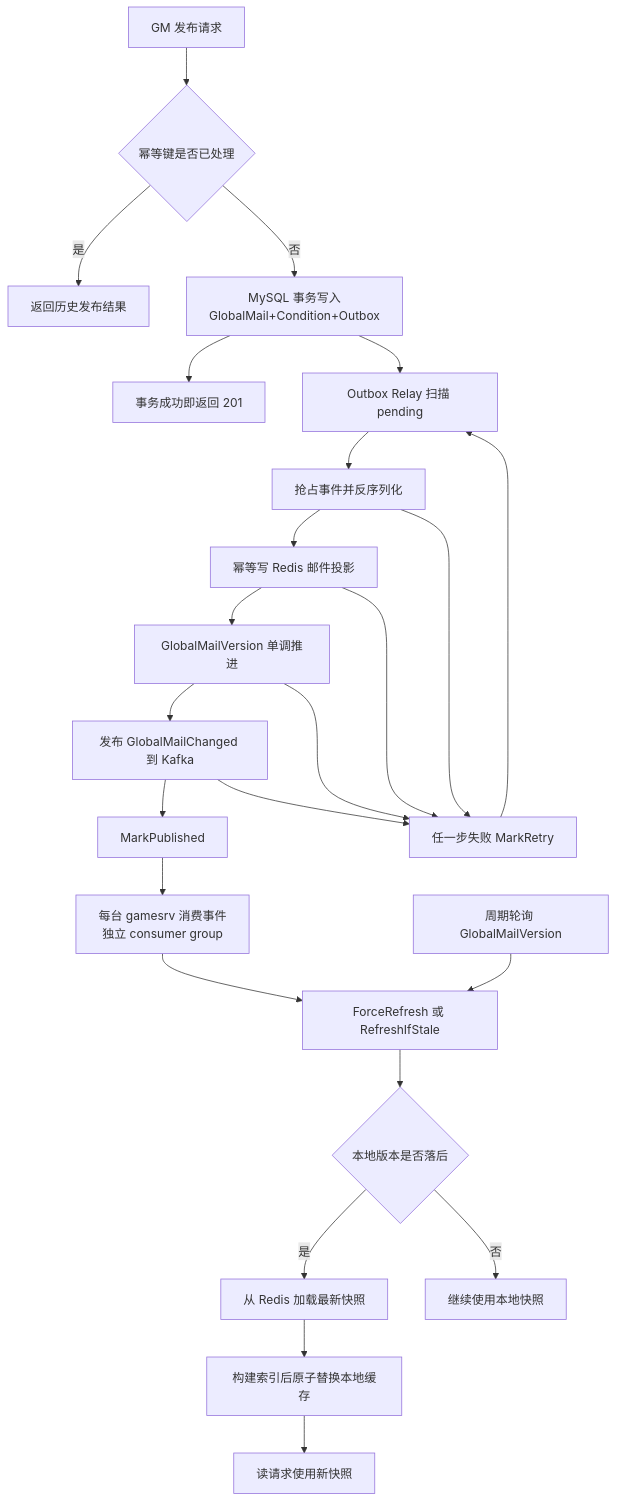
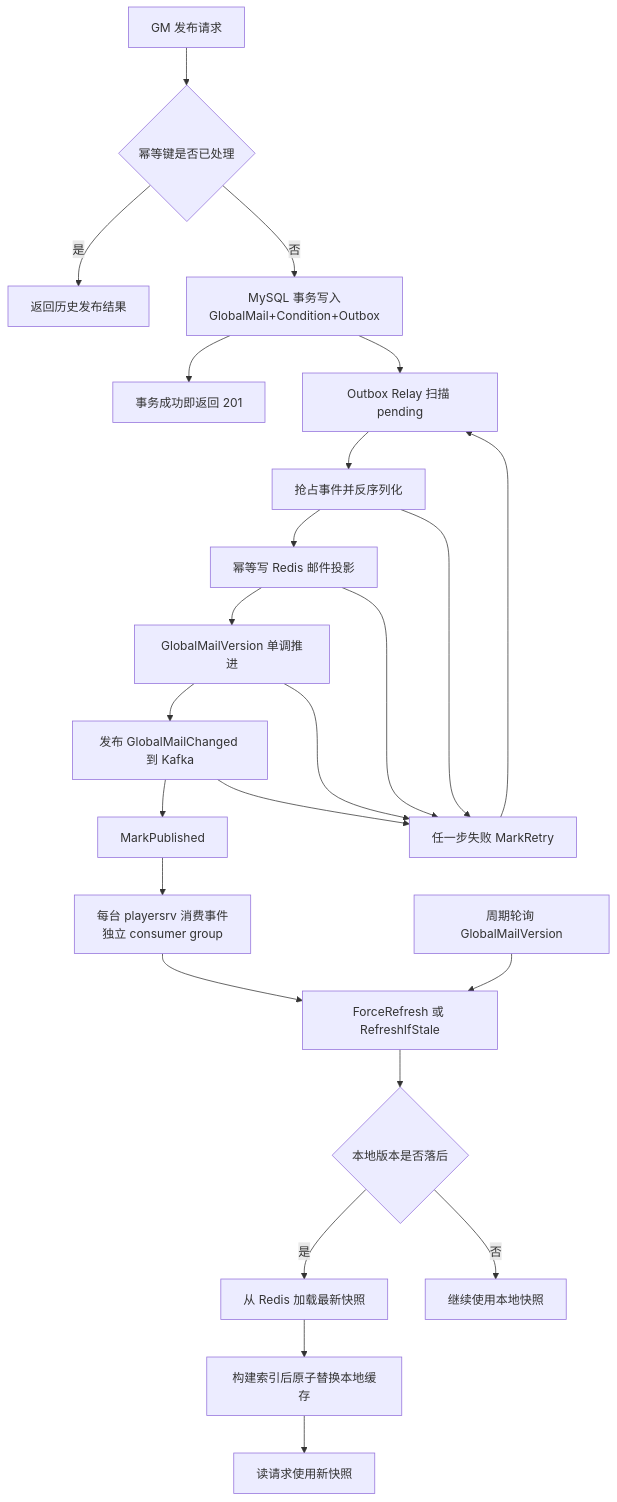
Before and after one commit to zhanglei19960726/globalmail: the fourth of 6 diagrams in docs/requirements-design.md, drawn with Mermaid. The commit also changed other lines of this file and 114 other files, not shown here.

````diff
--- a/docs/requirements-design.md
+++ b/docs/requirements-design.md
@@ -591,30 +591,30 @@
 ```mermaid
 flowchart TD
     req[GM 发布请求] --> idem{幂等键是否已处理}
     idem -->|是| replay[返回历史发布结果]
     idem -->|否| tx[MySQL 事务写入<br/>GlobalMail+Condition+Outbox]
     tx --> ok[事务成功即返回 201]
 
     tx --> relayPoll[Outbox Relay 扫描 pending]
     relayPoll --> claim[抢占事件并反序列化]
     claim --> redisProj[幂等写 Redis 邮件投影]
     redisProj --> ver[GlobalMailVersion 单调推进]
     ver --> kafka[发布 GlobalMailChanged 到 Kafka]
     kafka --> markPub[MarkPublished]
 
     claim --> retry[任一步失败 MarkRetry]
     redisProj --> retry
     ver --> retry
     kafka --> retry
     retry --> relayPoll
 
-    markPub --> event[每台 gamesrv 消费事件<br/>独立 consumer group]
+    markPub --> event[每台 playersrv 消费事件<br/>独立 consumer group]
     event --> refresh[ForceRefresh 或 RefreshIfStale]
     refresh --> stale{本地版本是否落后}
     stale -->|是| loadRedis[从 Redis 加载最新快照]
     stale -->|否| keep[继续使用本地快照]
     loadRedis --> swap[构建索引后原子替换本地缓存]
     swap --> serve[读请求使用新快照]
 
     timer[周期轮询 GlobalMailVersion] --> refresh
 ```
````
